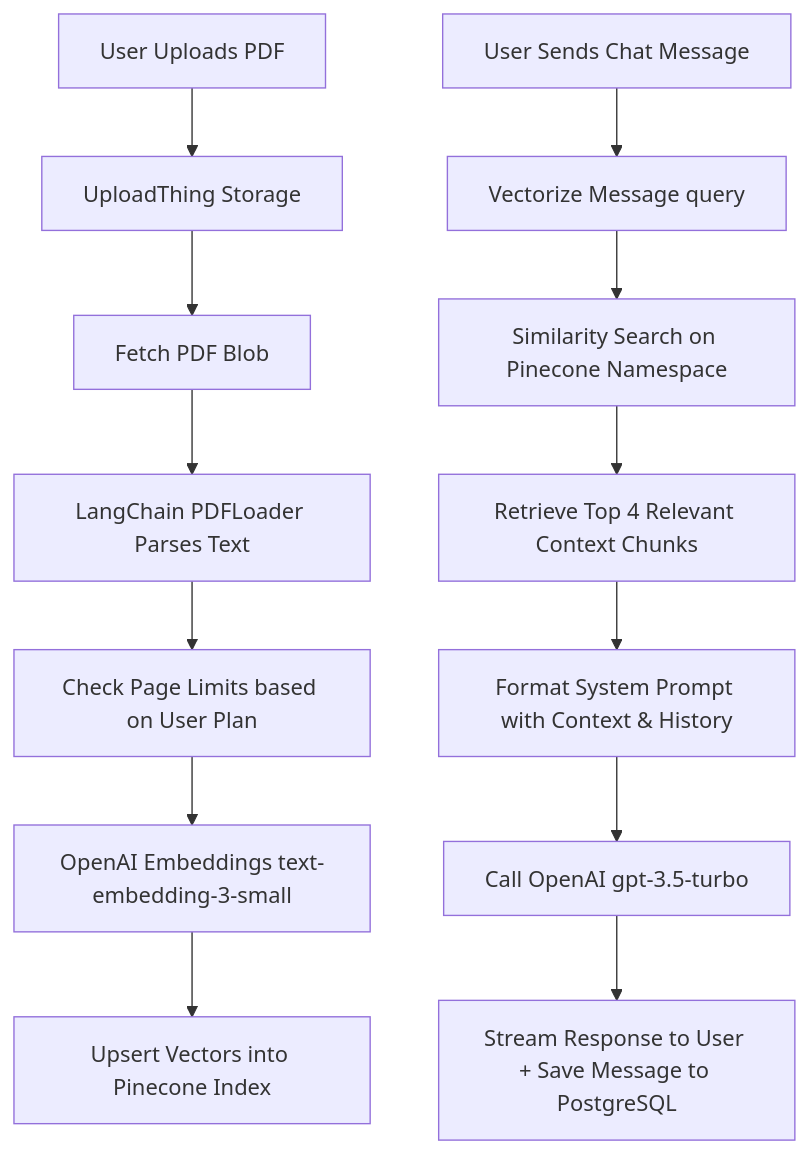
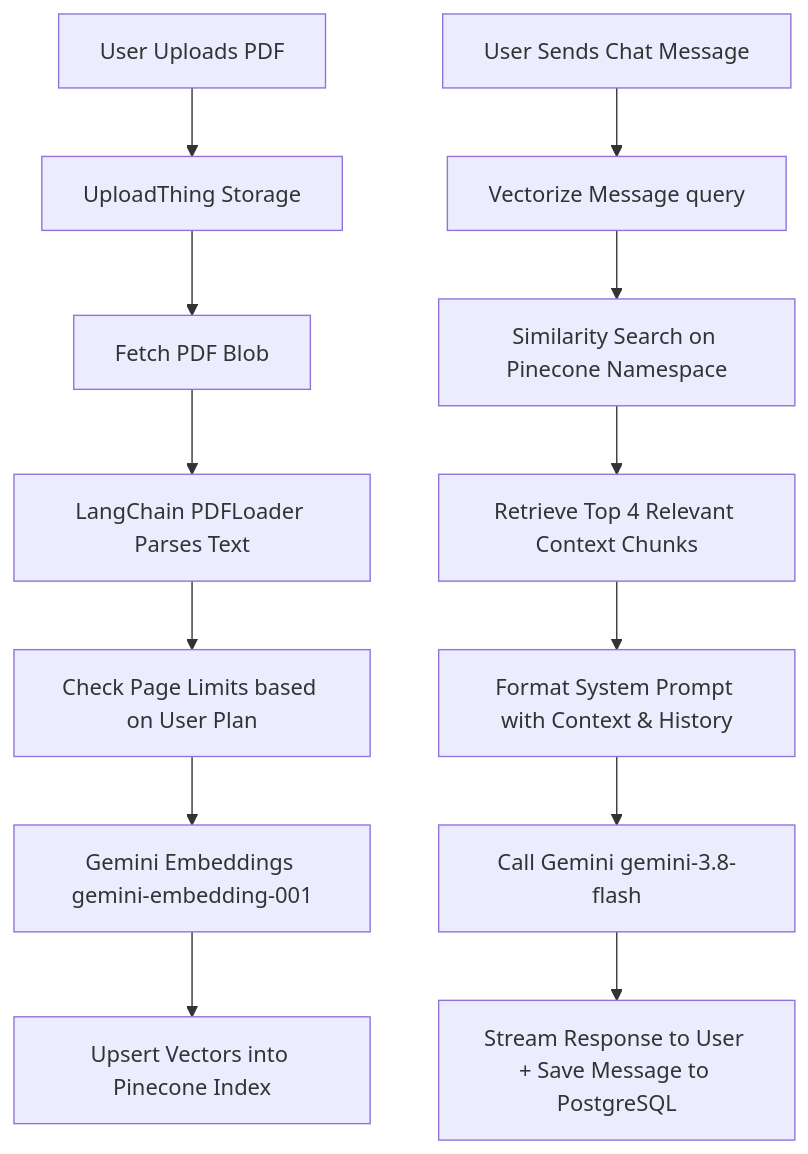
One commit to sarthakmehtaiit/papermindai changed the diagram in README.md. Above: the diagram before and after it, drawn with Mermaid. The commit also changed other lines of this file and 5 other files, not shown here.

First line of the commit message:
Switch AI provider from OpenAI to Google Gemini

````diff
--- a/README.md
+++ b/README.md
@@ -41,15 +41,15 @@
 ```mermaid
 graph TD
     A[User Uploads PDF] --> B[UploadThing Storage]
     B --> C[Fetch PDF Blob]
     C --> D[LangChain PDFLoader Parses Text]
     D --> E[Check Page Limits based on User Plan]
-    E --> F[OpenAI Embeddings text-embedding-3-small]
+    E --> F[Gemini Embeddings gemini-embedding-001]
     F --> G[Upsert Vectors into Pinecone Index]
     H[User Sends Chat Message] --> I[Vectorize Message query]
     I --> J[Similarity Search on Pinecone Namespace]
     J --> K[Retrieve Top 4 Relevant Context Chunks]
     K --> L[Format System Prompt with Context & History]
-    L --> M[Call OpenAI gpt-3.5-turbo]
+    L --> M[Call Gemini gemini-3.8-flash]
     M --> N[Stream Response to User + Save Message to PostgreSQL]
 ```
````
